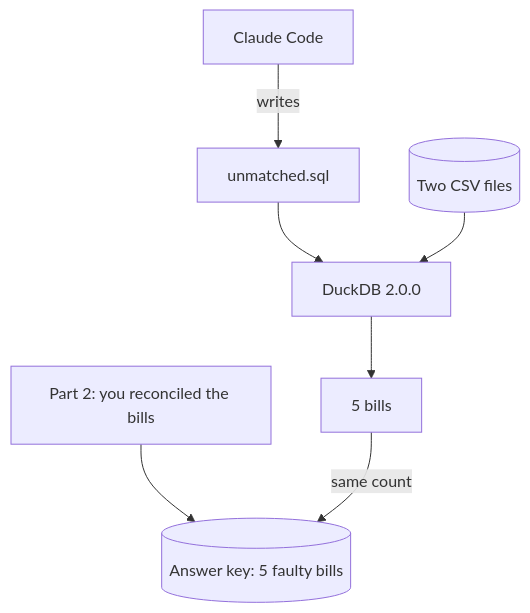
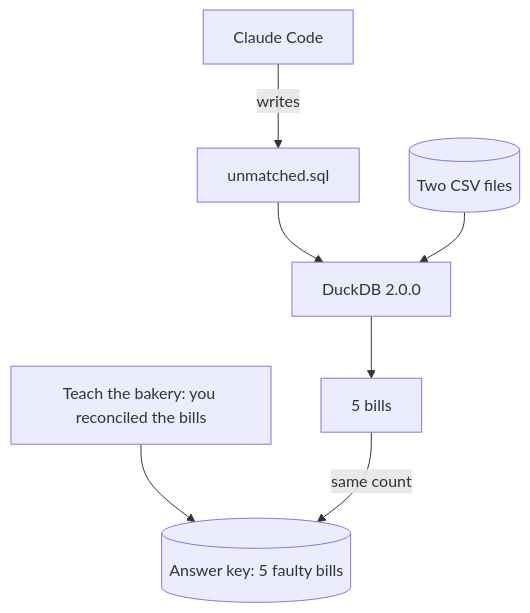
Before and after one commit to learnwithparam/claude-code-for-everyone: the diagram in parts/07-ask-questions-of-your-files/README.md, drawn with Mermaid. The commit also changed 3 other files, not shown here.

````diff
--- a/parts/07-ask-questions-of-your-files/README.md
+++ b/parts/07-ask-questions-of-your-files/README.md
@@ -13,9 +13,9 @@
 ```mermaid
 flowchart TB
-  H[Part 2: you reconciled the bills] --> K[(Answer key: 5 faulty bills)]
+  H[Teach the bakery: you reconciled the bills] --> K[(Answer key: 5 faulty bills)]
   C[Claude Code] -->|writes| Q[unmatched.sql]
   Q --> D[DuckDB 2.0.0]
   F[(Two CSV files)] --> D
   D --> K2[5 bills]
   K2 -->|same count| K
 ```
````
